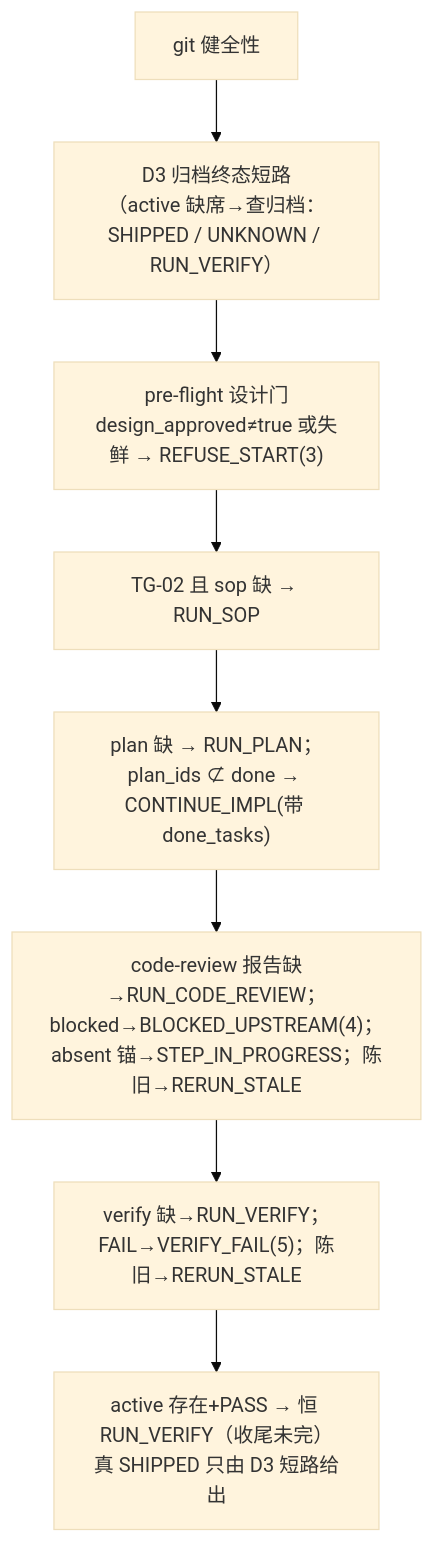
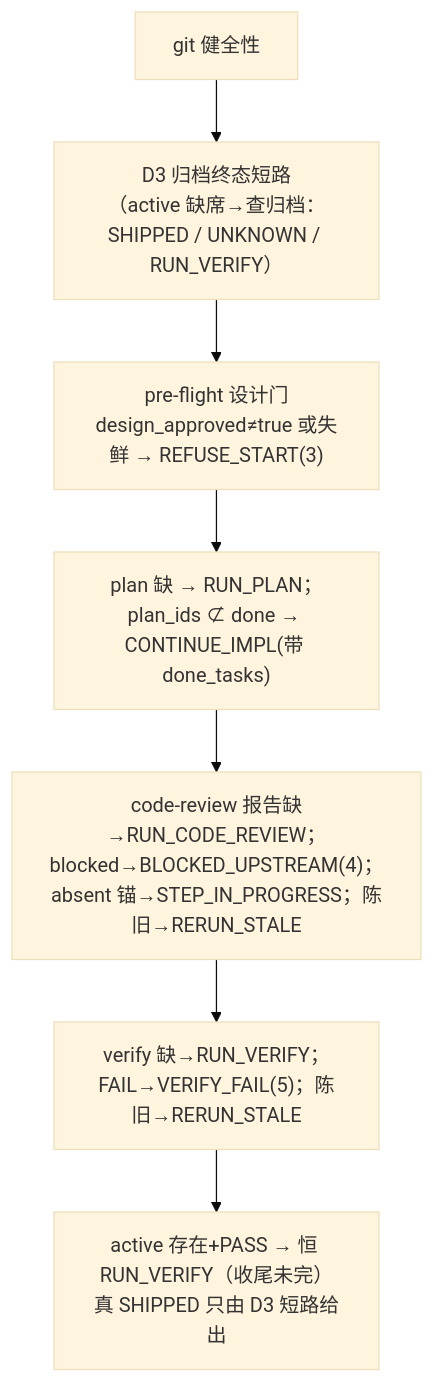
Before and after one commit to laodao-ai/sdflow-skills: the second of 5 diagrams in docs/sdflow-fable5/02-module-reference.md, drawn with Mermaid (base theme). The commit also changed other lines of this file and 57 other files, not shown here.

````diff
--- a/docs/sdflow-fable5/02-module-reference.md
+++ b/docs/sdflow-fable5/02-module-reference.md
@@ -94,10 +93,9 @@
 ```mermaid
 flowchart TD
     S0["git 健全性"] --> S1["D3 归档终态短路<br/>（active 缺席→查归档：SHIPPED / UNKNOWN / RUN_VERIFY）"]
     S1 --> S2["pre-flight 设计门<br/>design_approved≠true 或失鲜 → REFUSE_START(3)"]
-    S2 --> S3["TG-02 且 sop 缺 → RUN_SOP"]
-    S3 --> S4["plan 缺 → RUN_PLAN；plan_ids ⊄ done → CONTINUE_IMPL(带 done_tasks)"]
+    S2 --> S4["plan 缺 → RUN_PLAN；plan_ids ⊄ done → CONTINUE_IMPL(带 done_tasks)"]
     S4 --> S5["code-review 报告缺→RUN_CODE_REVIEW；blocked→BLOCKED_UPSTREAM(4)；<br/>absent 锚→STEP_IN_PROGRESS；陈旧→RERUN_STALE"]
     S5 --> S6["verify 缺→RUN_VERIFY；FAIL→VERIFY_FAIL(5)；陈旧→RERUN_STALE"]
     S6 --> S7["active 存在+PASS → 恒 RUN_VERIFY（收尾未完）<br/>真 SHIPPED 只由 D3 短路给出"]
 ```
````
